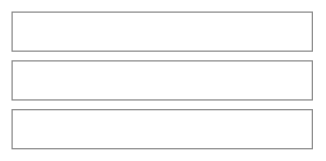
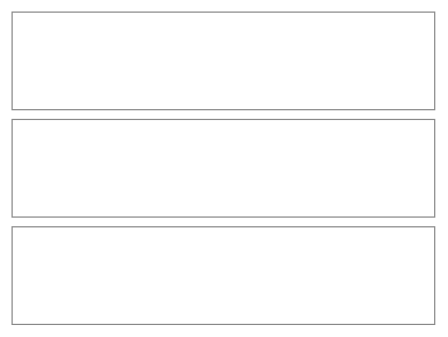
One commit to NovaMoonX/moondreams-dev-apps changed the fifth of 23 diagrams in src/apps/waypoint/UX.md. Above: the diagram before and after it, drawn with Mermaid. The commit also changed other lines of this file and 32 other files, not shown here.

First line of the commit message:
Waypoint: Idea Board Core with a prominent pre-trip Overview card (#180)

````diff
--- a/src/apps/waypoint/UX.md
+++ b/src/apps/waypoint/UX.md
@@ -118,11 +118,11 @@
 ```mermaid
 %%{init: {'theme': 'base', 'themeVariables': {'primaryColor': 'transparent', 'primaryBorderColor': '#888888', 'primaryTextColor': '#333333', 'lineColor': '#888888'}}}%%
 block-beta
   columns 1
-  Ideas["💡 Ideas →"]
+  Ideas["💡 Ideas for the trip<br/>🍣 Sushi Dai ▲12 · 🥾 Rattlesnake Ledge ▲7<br/>+ Add an idea · See all ›"]
   Checklist["▓▓▓▓▓░░░ Checklist progress"]
   Album["🔗 Shared album link"]
   style Ideas fill:transparent,stroke:#888888,stroke-width:1px;
   style Checklist fill:transparent,stroke:#888888,stroke-width:1px;
   style Album fill:transparent,stroke:#888888,stroke-width:1px;
 ```
````
